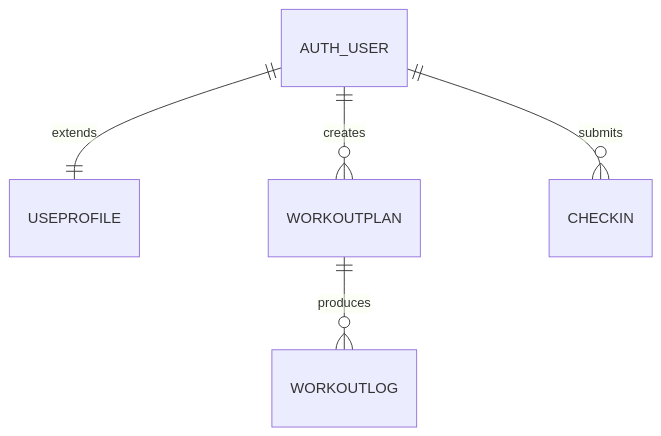
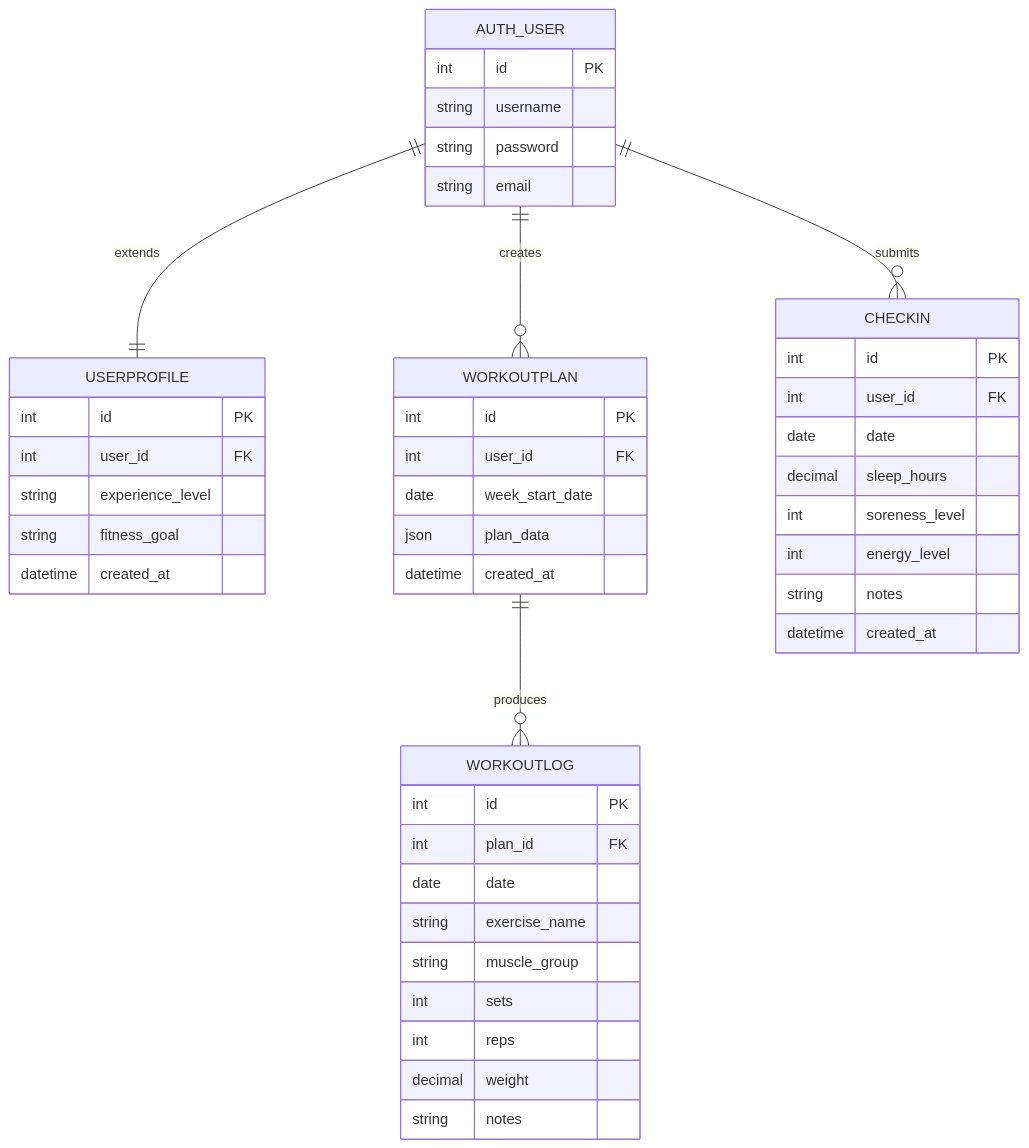
One commit to JonathanMosa/ai-health-coach changed the diagram in docs/schema.md. Above: the diagram before and after it, drawn with Mermaid.

Commit message:
Add fields to schema ERD entities

````diff
--- a/docs/schema.md
+++ b/docs/schema.md
@@ -1,7 +1,49 @@
 ```mermaid
 erDiagram
-    AUTH_USER ||--|| USEPROFILE : extends
+    AUTH_USER ||--|| USERPROFILE : extends
     AUTH_USER ||--o{ WORKOUTPLAN : creates
     WORKOUTPLAN ||--o{ WORKOUTLOG : produces
     AUTH_USER ||--o{ CHECKIN : submits
+
+    AUTH_USER {
+        int id PK
+        string username
+        string password
+        string email
+    }
+    WORKOUTPLAN {
+        int id PK
+        int user_id FK
+        date week_start_date
+        json plan_data
+        datetime created_at
+    }
+    WORKOUTLOG {
+        int id PK
+        int plan_id FK
+        date date
+        string exercise_name
+        string muscle_group
+        int sets
+        int reps
+        decimal weight
+        string notes
+    }
+    CHECKIN {
+        int id PK
+        int user_id FK
+        date date
+        decimal sleep_hours
+        int soreness_level
+        int energy_level
+        string notes
+        datetime created_at
+    }
+    USERPROFILE {
+        int id PK
+        int user_id FK
+        string experience_level
+        string fitness_goal
+        datetime created_at
+    }
 ```
````
